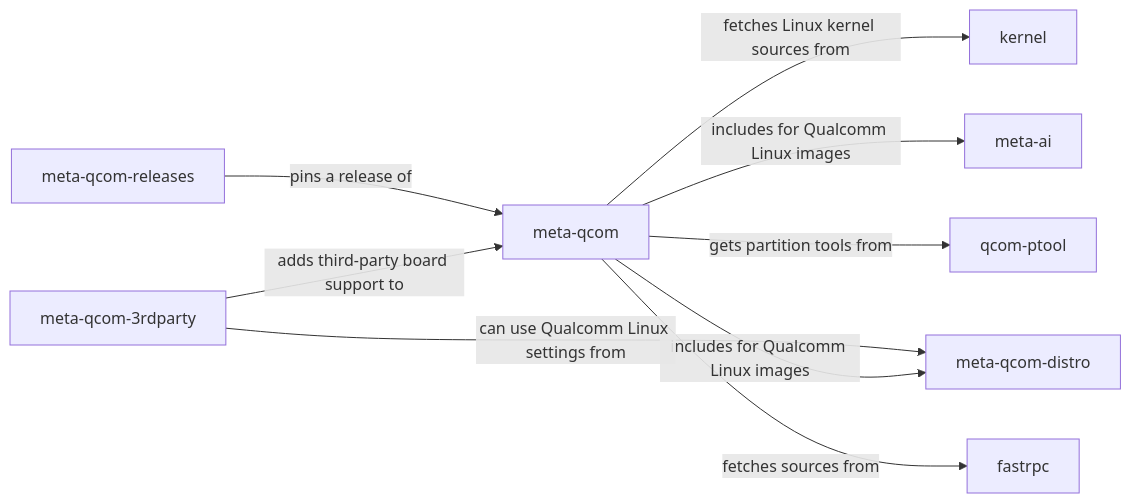
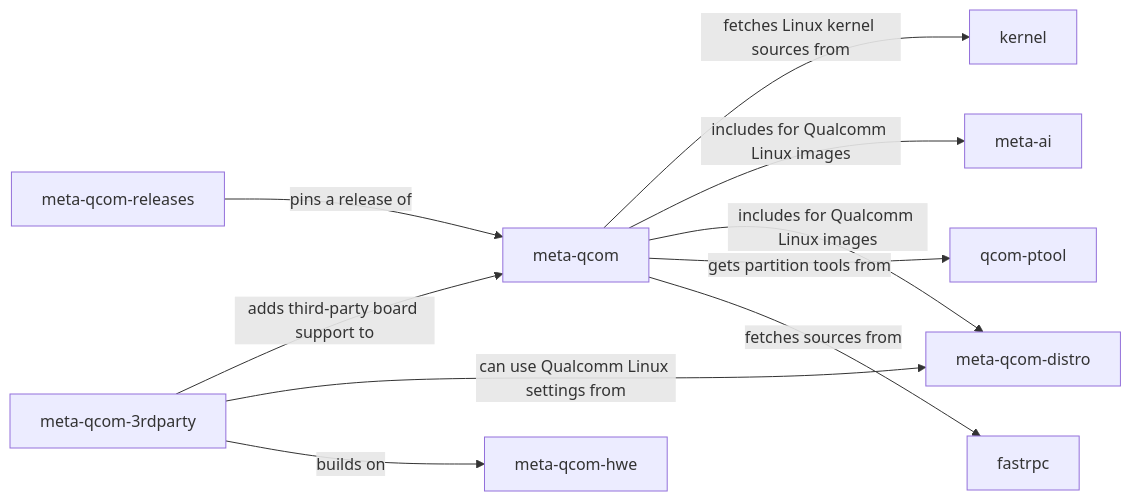
Before and after one commit to devdocsorg/qualcomm-repository-map: the first of 3 diagrams in README.md, drawn with Mermaid. The commit also changed other lines of this file and 1 other file, not shown here.

Commit message:
Record meta-qcom-3rdparty's meta-qcom-hwe dependency on 1.x branches
The scarthgap and kirkstone branches of meta-qcom-3rdparty declare
qcom-hwe in LAYERDEPENDS_qcom-3rdparty. Record the branch-conditional
dependency with evidence at both branch heads, add source audits for
them, and regenerate the README.

````diff
--- a/README.md
+++ b/README.md
@@ -17,27 +17,30 @@
 ```mermaid
 flowchart LR
     r0["kernel"]
     click r0 href "https://github.com/qualcomm-linux/kernel" _blank
     r1["meta-ai"]
     click r1 href "https://github.com/qualcomm-linux/meta-ai" _blank
     r2["meta-qcom"]
     click r2 href "https://github.com/qualcomm-linux/meta-qcom" _blank
     r3["meta-qcom-3rdparty"]
     click r3 href "https://github.com/qualcomm-linux/meta-qcom-3rdparty" _blank
     r4["meta-qcom-distro"]
     click r4 href "https://github.com/qualcomm-linux/meta-qcom-distro" _blank
-    r5["meta-qcom-releases"]
-    click r5 href "https://github.com/qualcomm-linux/meta-qcom-releases" _blank
-    r6["qcom-ptool"]
-    click r6 href "https://github.com/qualcomm-linux/qcom-ptool" _blank
-    r7["fastrpc"]
-    click r7 href "https://github.com/qualcomm/fastrpc" _blank
+    r5["meta-qcom-hwe"]
+    click r5 href "https://github.com/qualcomm-linux/meta-qcom-hwe" _blank
+    r6["meta-qcom-releases"]
+    click r6 href "https://github.com/qualcomm-linux/meta-qcom-releases" _blank
+    r7["qcom-ptool"]
+    click r7 href "https://github.com/qualcomm-linux/qcom-ptool" _blank
+    r8["fastrpc"]
+    click r8 href "https://github.com/qualcomm/fastrpc" _blank
     r2 -->|"fetches Linux kernel sources from"| r0
     r2 -->|"includes for Qualcomm Linux images"| r1
     r2 -->|"includes for Qualcomm Linux images"| r4
-    r2 -->|"gets partition tools from"| r6
-    r2 -->|"fetches sources from"| r7
+    r2 -->|"gets partition tools from"| r7
+    r2 -->|"fetches sources from"| r8
     r3 -->|"adds third-party board support to"| r2
     r3 -->|"can use Qualcomm Linux settings from"| r4
-    r5 -->|"pins a release of"| r2
+    r3 -->|"builds on"| r5
+    r6 -->|"pins a release of"| r2
 ```
````
